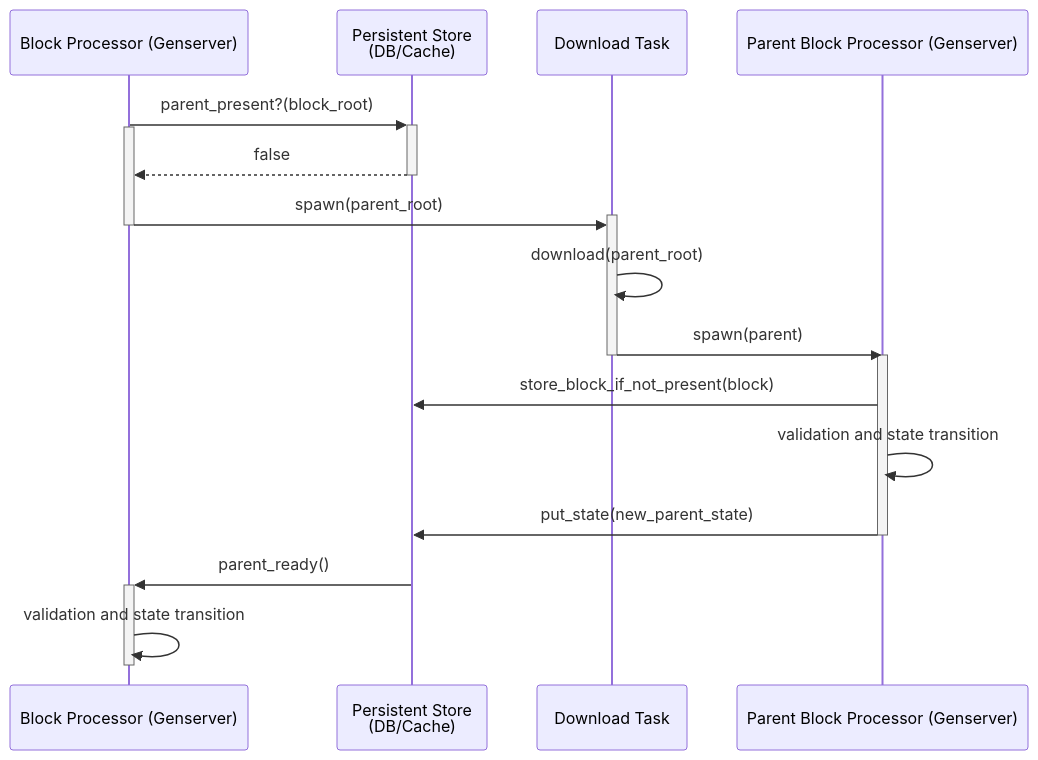
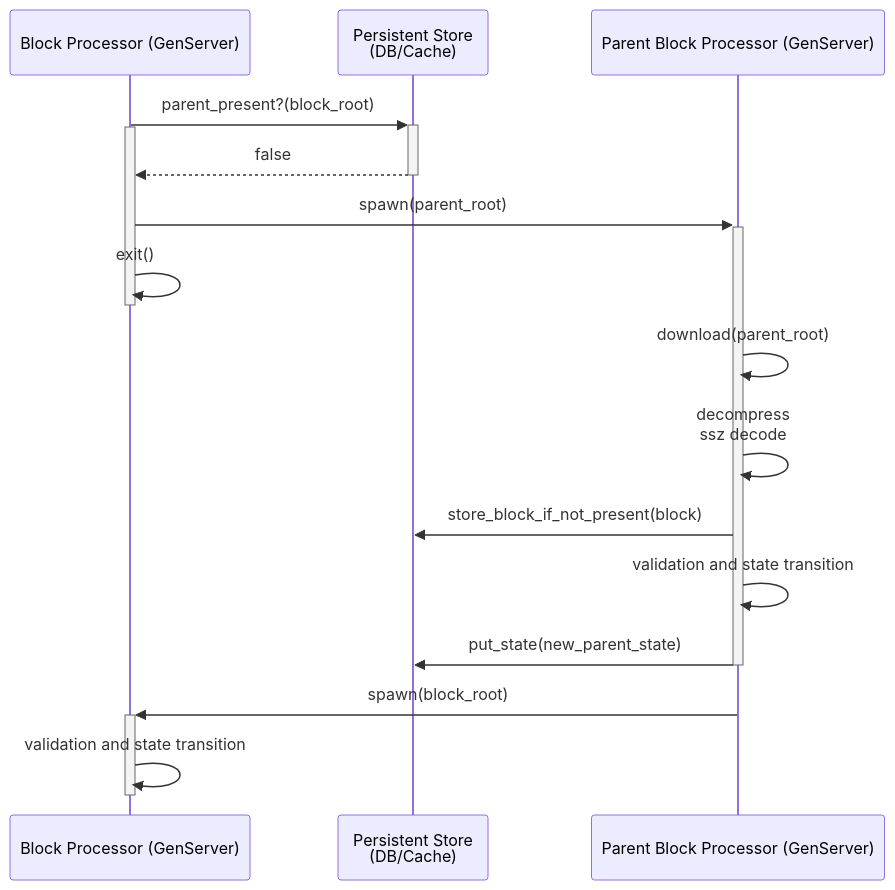
One commit to lambdaclass/lambda_ethereum_consensus changed the fifth of 5 diagrams in docs/concurrency_design.md. Above: the diagram before and after it, drawn with Mermaid. The commit also changed other lines of this file, not shown here.

Commit message:
Refine per-block-process-design

````diff
--- a/docs/concurrency_design.md
+++ b/docs/concurrency_design.md
@@ -187,23 +187,21 @@
 ```mermaid
 sequenceDiagram
 
-participant bp as Block Processor (Genserver)
+participant bp as Block Processor (GenServer)
 participant db as Persistent Store <br> (DB/Cache)
-participant dt as Download Task
-participant bpp as Parent Block Processor (Genserver)
+participant bpp as Parent Block Processor (GenServer)
 
 bp ->>+ db: parent_present?(block_root)
 activate bp
 db -->>- bp: false
-bp ->>+ dt: spawn(parent_root)
+bp ->>+ bpp: spawn(parent_root)
+bp ->> bp: exit()
 deactivate bp
-dt ->> dt: download(parent_root)
-dt ->>- bpp: spawn(parent)
-activate bpp
+bpp ->> bpp: download(parent_root) 
+bpp ->> bpp: decompress <br> ssz decode
 bpp ->> db: store_block_if_not_present(block)
 bpp ->> bpp: validation and state transition
-bpp ->> db: put_state(new_parent_state)
-deactivate bpp
-db ->>+ bp: parent_ready()
+bpp ->>- db: put_state(new_parent_state)
+bpp ->>+ bp: spawn(block_root)
 bp ->>- bp: validation and state transition
 ```
````
